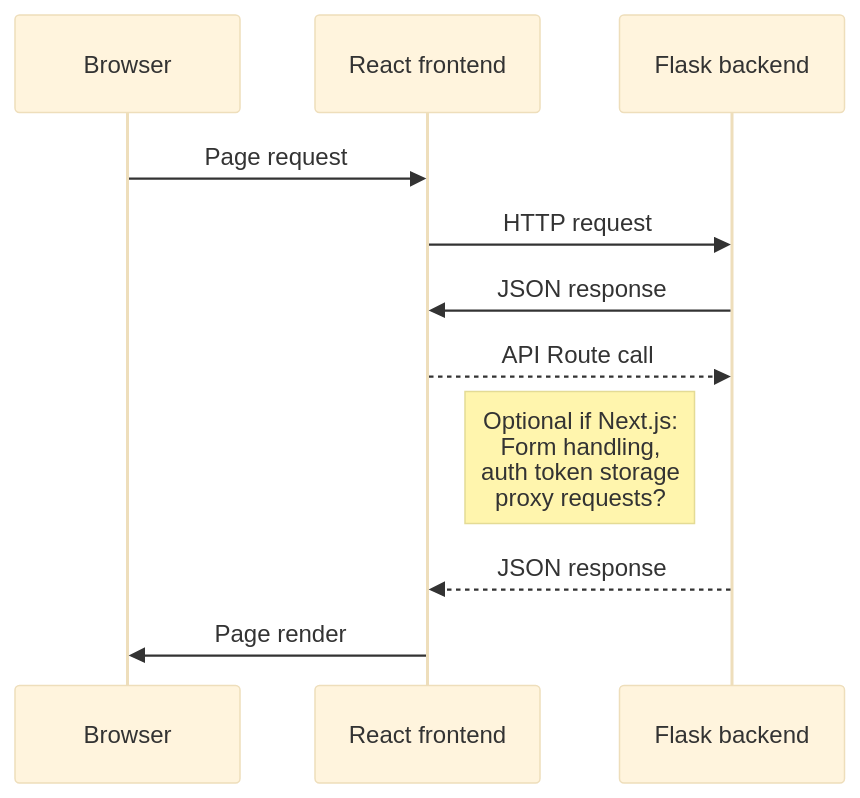
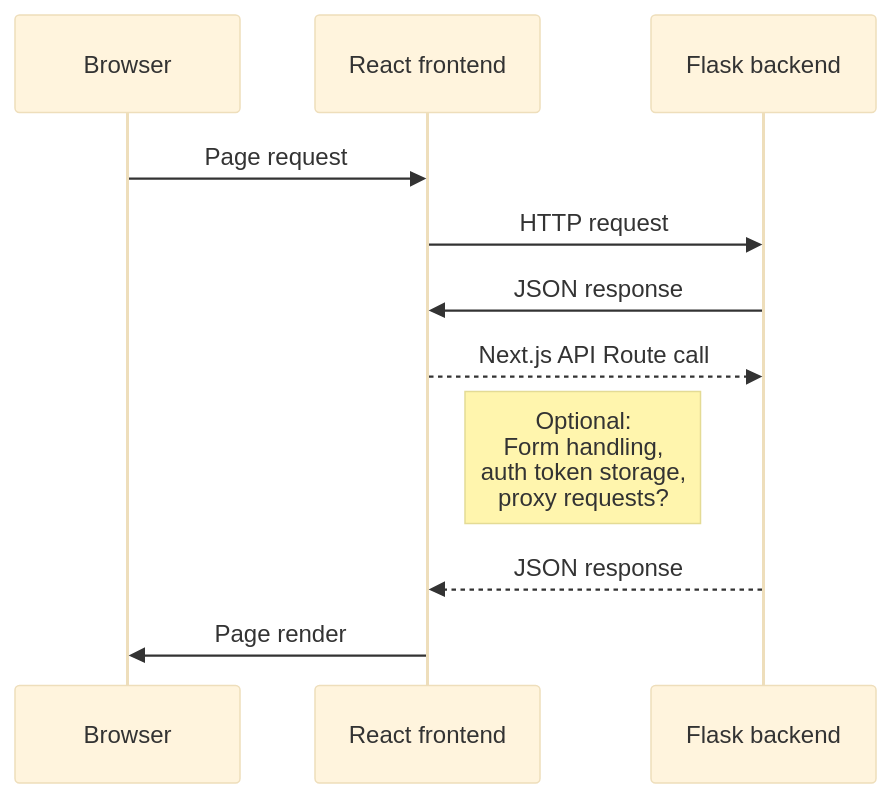
One commit to ohjelmistoprojekti-ii-reddit-app/reddit-app-frontend changed the diagram in README.md. Above: the diagram before and after it, drawn with Mermaid (base theme). The commit also changed other lines of this file and 17 other files, not shown here.

````diff
--- a/README.md
+++ b/README.md
@@ -20,10 +44,10 @@
 ```mermaid
 sequenceDiagram
     Browser ->> React frontend: Page request
     React frontend->>Flask backend: HTTP request
     Flask backend ->> React frontend: JSON response
-    React frontend-->>Flask backend: API Route call
-    Note right of React frontend: Optional if Next.js:<br/>Form handling, <br/>auth token storage <br/> proxy requests?
+    React frontend-->>Flask backend: Next.js API Route call
+    Note right of React frontend: Optional:<br/>Form handling, <br/>auth token storage, <br/> proxy requests?
     Flask backend -->> React frontend: JSON response
     React frontend ->> Browser: Page render
 ```
````
